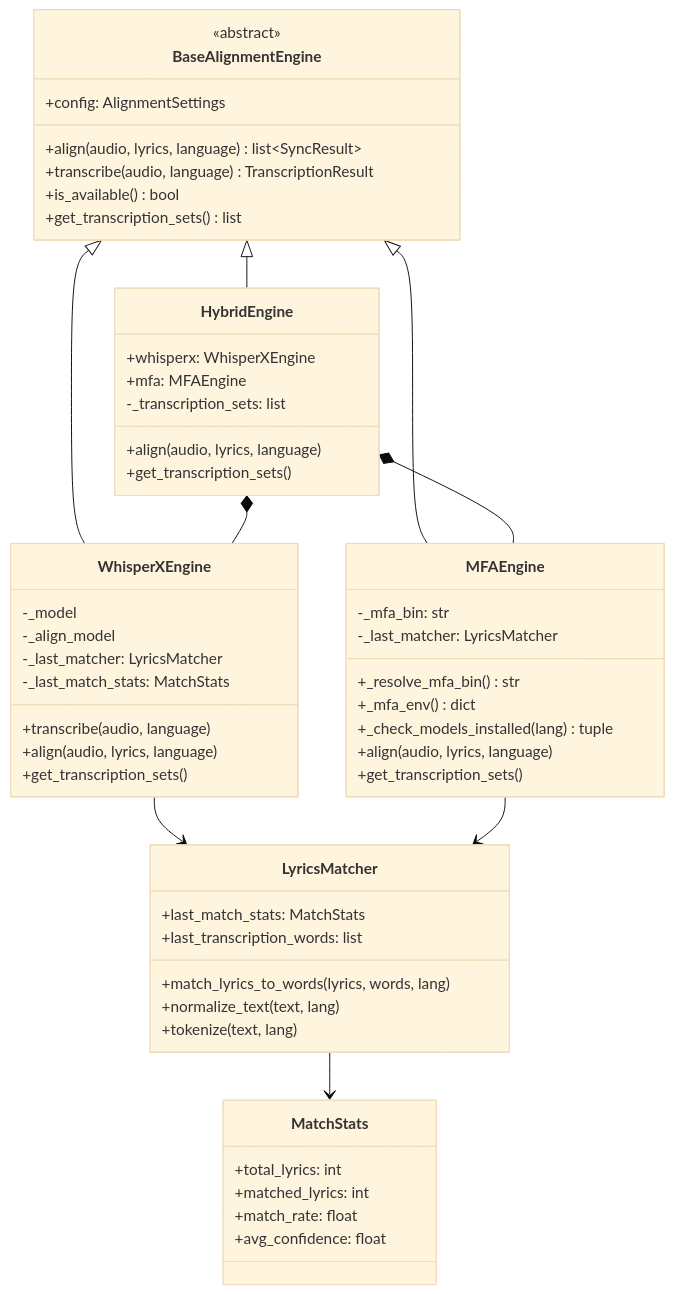
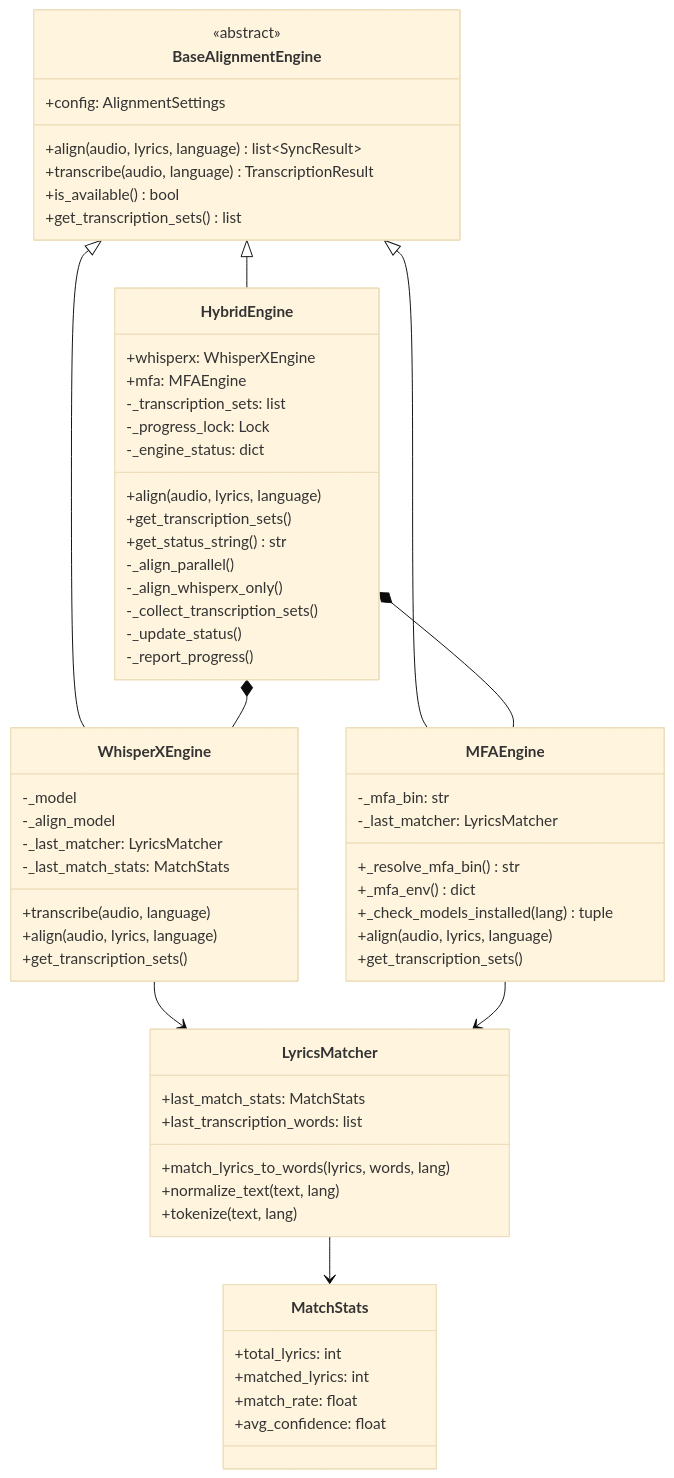
Before and after one commit to onpe5679/Everyric2: the diagram in diagrams/08_class_diagram.mermaid, drawn with Mermaid. The commit also changed 4 other files, not shown here.

```diff
--- a/diagrams/08_class_diagram.mermaid
+++ b/diagrams/08_class_diagram.mermaid
@@ -1,62 +1,70 @@
 %%{init: {'theme': 'base'}}%%
 classDiagram
     class BaseAlignmentEngine {
         <<abstract>>
         +config: AlignmentSettings
         +align(audio, lyrics, language) list~SyncResult~
         +transcribe(audio, language) TranscriptionResult
         +is_available() bool
         +get_transcription_sets() list
     }
 
     class WhisperXEngine {
         -_model
         -_align_model
         -_last_matcher: LyricsMatcher
         -_last_match_stats: MatchStats
         +transcribe(audio, language)
         +align(audio, lyrics, language)
         +get_transcription_sets()
     }
 
     class MFAEngine {
         -_mfa_bin: str
         -_last_matcher: LyricsMatcher
         +_resolve_mfa_bin() str
         +_mfa_env() dict
         +_check_models_installed(lang) tuple
         +align(audio, lyrics, language)
         +get_transcription_sets()
     }
 
     class HybridEngine {
         +whisperx: WhisperXEngine
         +mfa: MFAEngine
         -_transcription_sets: list
+        -_progress_lock: Lock
+        -_engine_status: dict
         +align(audio, lyrics, language)
         +get_transcription_sets()
+        +get_status_string() str
+        -_align_parallel()
+        -_align_whisperx_only()
+        -_collect_transcription_sets()
+        -_update_status()
+        -_report_progress()
     }
 
     class LyricsMatcher {
         +last_match_stats: MatchStats
         +last_transcription_words: list
         +match_lyrics_to_words(lyrics, words, lang)
         +normalize_text(text, lang)
         +tokenize(text, lang)
     }
 
     class MatchStats {
         +total_lyrics: int
         +matched_lyrics: int
         +match_rate: float
         +avg_confidence: float
     }
 
     BaseAlignmentEngine <|-- WhisperXEngine
     BaseAlignmentEngine <|-- MFAEngine
     BaseAlignmentEngine <|-- HybridEngine
     HybridEngine *-- WhisperXEngine
     HybridEngine *-- MFAEngine
     WhisperXEngine --> LyricsMatcher
     MFAEngine --> LyricsMatcher
     LyricsMatcher --> MatchStats
```
